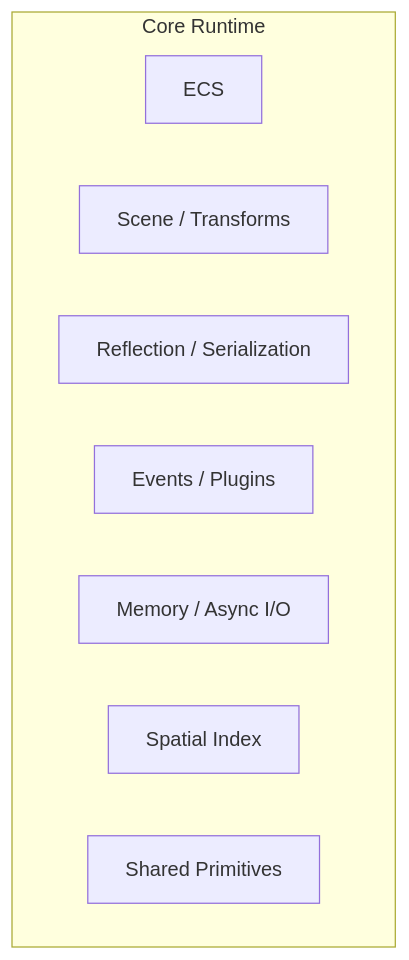
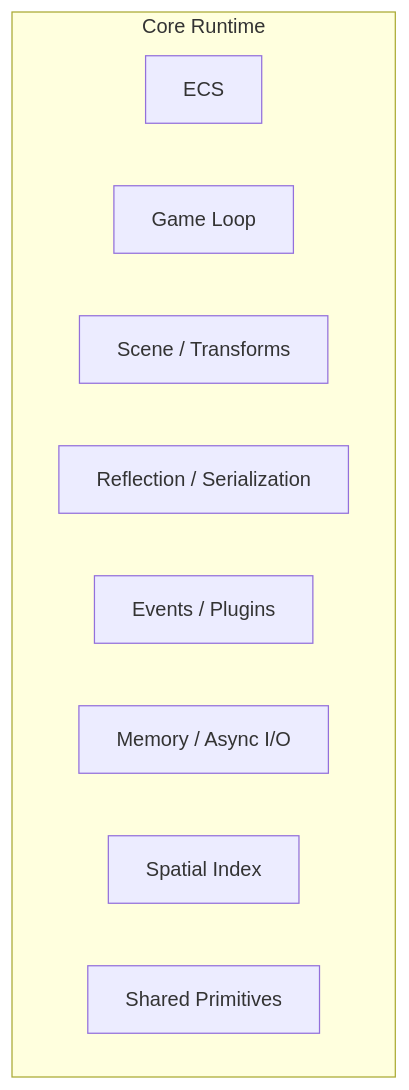
The seventh of 15 diagrams in docs/architecture.md (harmonius-dev/harmonius), drawn with Mermaid before and after one commit. The commit also changed other lines of this file and 229 other files, not shown here.

````diff
--- a/docs/architecture.md
+++ b/docs/architecture.md
@@ -212,20 +401,13 @@
 ```mermaid
 graph TB
     subgraph "Core Runtime"
         E[ECS]
+        GL[Game Loop]
         SC[Scene / Transforms]
         RF[Reflection / Serialization]
         EV[Events / Plugins]
         MA[Memory / Async I/O]
         SI[Spatial Index]
         SP[Shared Primitives]
     end
-
-    click E "#core-runtime"
-    click SC "#core-runtime"
-    click RF "#core-runtime"
-    click EV "#core-runtime"
-    click MA "#core-runtime"
-    click SI "#core-runtime"
-    click SP "#core-runtime"
 ```
````
